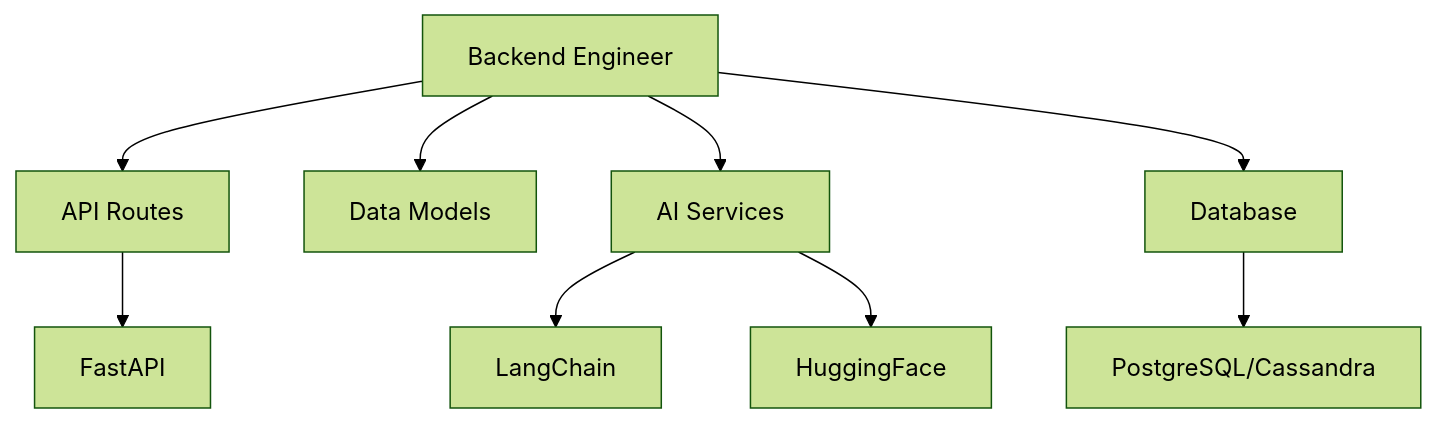
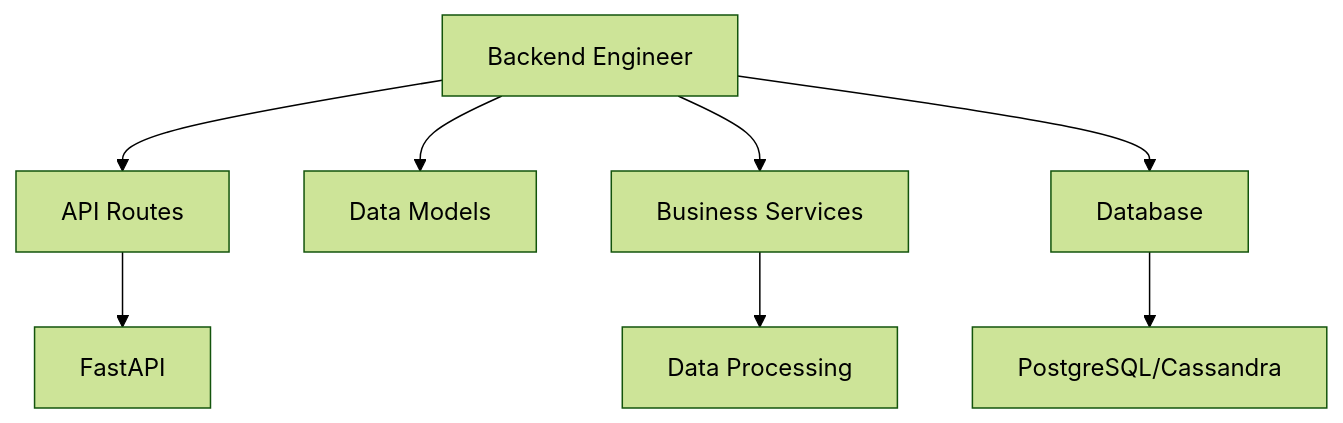
The diagram in .cursor/agents/backend-engineer.md (jxtngx/cursor-fullstack-template), drawn with Mermaid (forest theme) before and after one commit. The commit also changed other lines of this file and 20 other files, not shown here.

````diff
--- a/.cursor/agents/backend-engineer.md
+++ b/.cursor/agents/backend-engineer.md
@@ -7,12 +7,11 @@
 ```mermaid
 graph TD
     BE[Backend Engineer] --> API[API Routes]
     BE --> Models[Data Models]
-    BE --> Services[AI Services]
+    BE --> Services[Business Services]
     BE --> DB[Database]
     
     API --> FastAPI[FastAPI]
-    Services --> LangChain[LangChain]
-    Services --> HuggingFace[HuggingFace]
+    Services --> Data[Data Processing]
     DB --> PostgreSQL[PostgreSQL/Cassandra]
 ```
````
